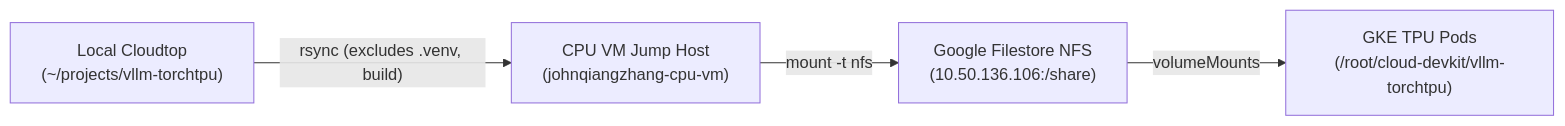
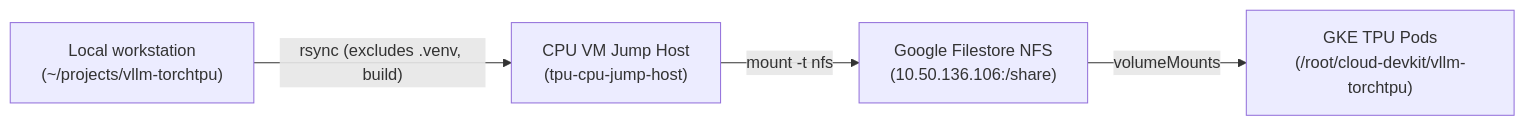
One commit to maxwillzq/llm_skills changed the second of 2 diagrams in skills/llm_tools/references/cdk_debugging_guide.md. Above: the diagram before and after it, drawn with Mermaid. The commit also changed other lines of this file and 13 other files, not shown here.

Commit message:
chore(tools): sanitize internal links, build tool paths, and workstation references

````diff
--- a/skills/llm_tools/references/cdk_debugging_guide.md
+++ b/skills/llm_tools/references/cdk_debugging_guide.md
@@ -307,6 +307,6 @@
 ```mermaid
 flowchart LR
-    A["Local Cloudtop\n(~/projects/vllm-torchtpu)"] -->|"rsync (excludes .venv, build)"| B["CPU VM Jump Host\n(johnqiangzhang-cpu-vm)"]
+    A["Local workstation\n(~/projects/vllm-torchtpu)"] -->|"rsync (excludes .venv, build)"| B["CPU VM Jump Host\n(tpu-cpu-jump-host)"]
     B -->|"mount -t nfs"| C["Google Filestore NFS\n(10.50.136.106:/share)"]
     C -->|"volumeMounts"| D["GKE TPU Pods\n(/root/cloud-devkit/vllm-torchtpu)"]
 ```
````
